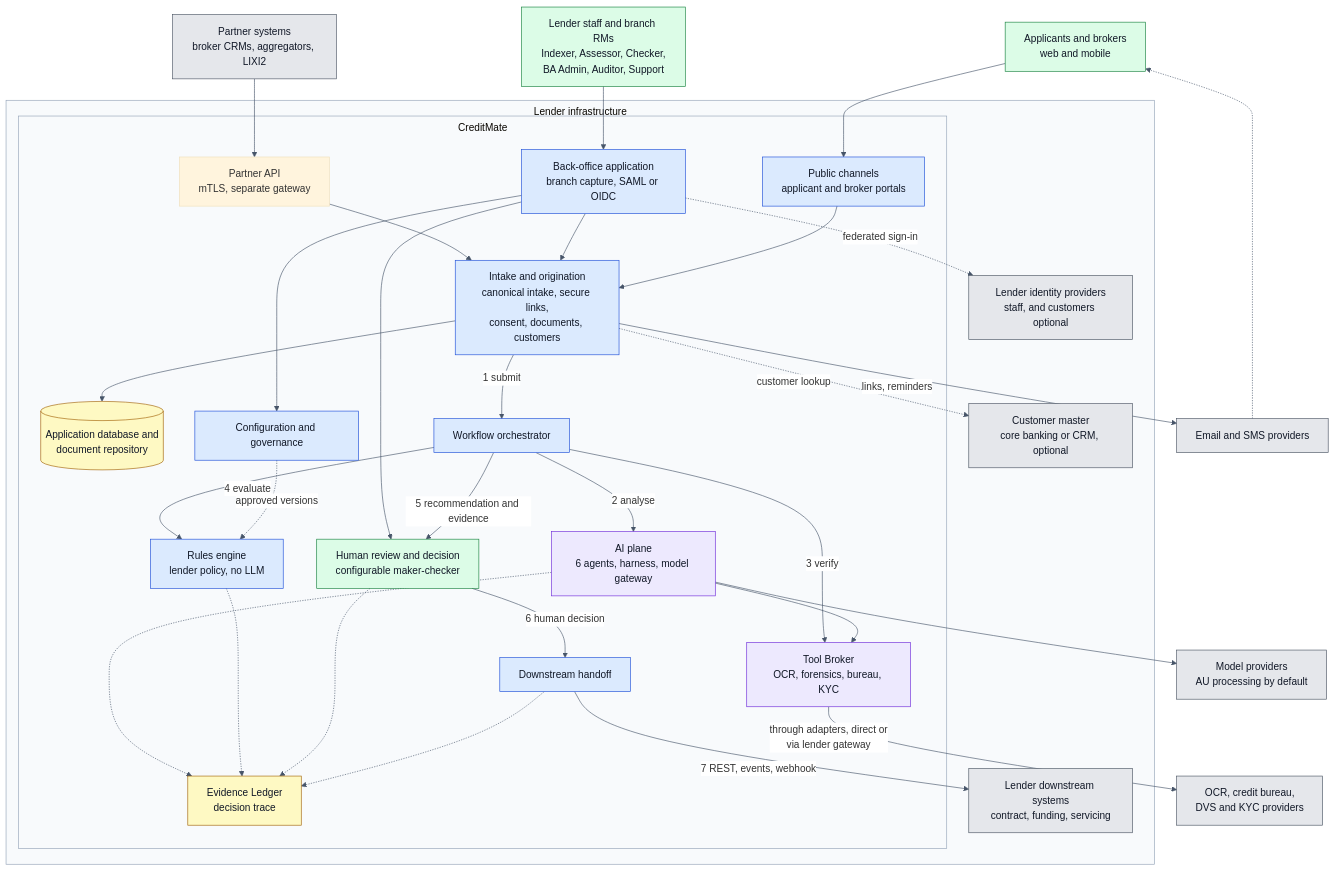
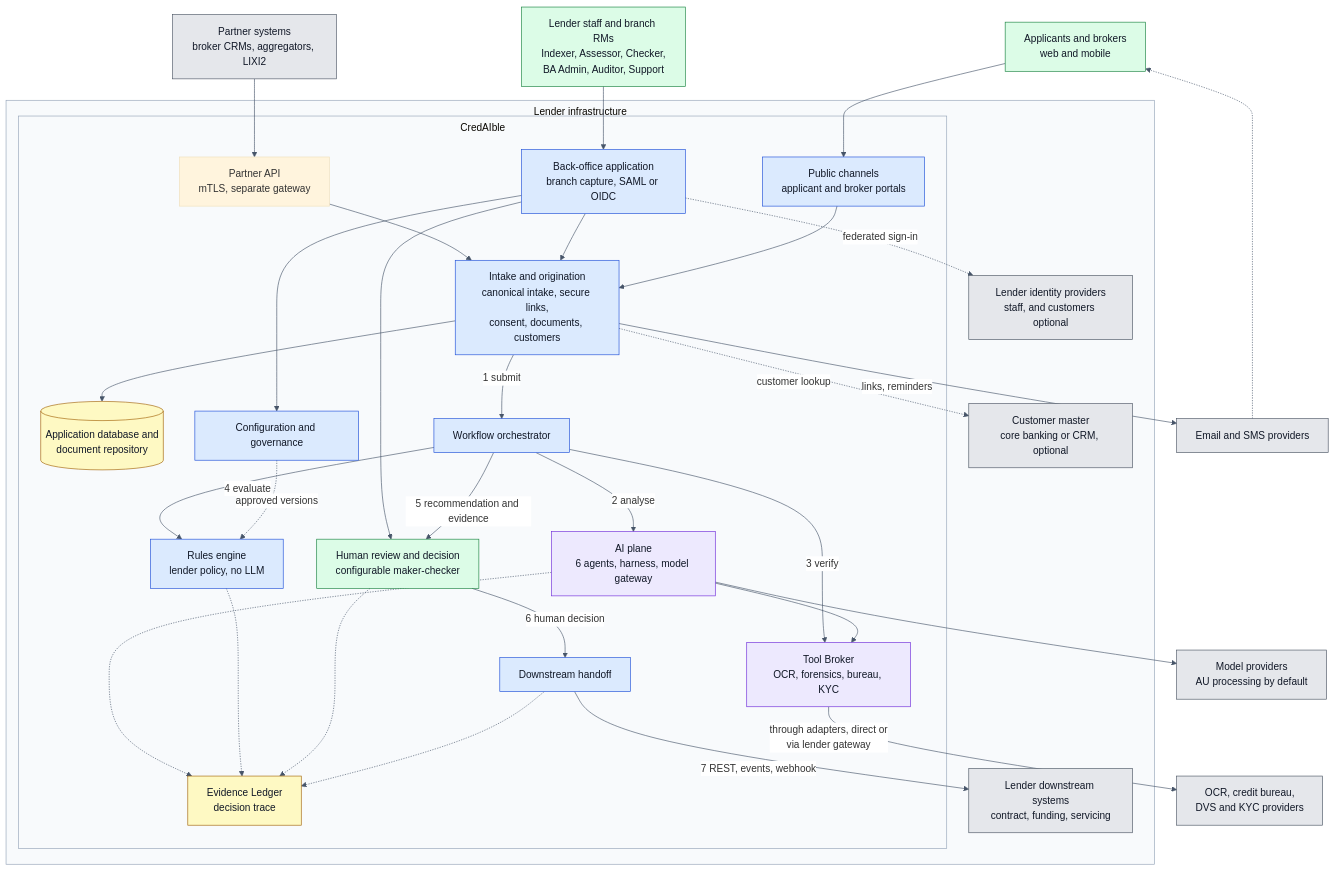
One commit to pradeepmittal04/creditmAIte changed the first of 15 diagrams in ARCHITECTURE_DIAGRAMS.md. Above: the diagram before and after it, drawn with Mermaid. The commit also changed other lines of this file and 14 other files, not shown here.

First line of the commit message:
Add technical design and rename product to CredAIble

````diff
--- a/ARCHITECTURE_DIAGRAMS.md
+++ b/ARCHITECTURE_DIAGRAMS.md
@@ -37,67 +37,67 @@
 ```mermaid
 %%{init: {'theme':'base','themeVariables':{'clusterBkg':'#f8fafc','clusterBorder':'#94a3b8','lineColor':'#475569','edgeLabelBackground':'#ffffff'},'flowchart':{'subGraphTitleMargin':{'top':6,'bottom':22}}}}%%
 flowchart TB
   EXT["Applicants and brokers<br/>web and mobile"]:::human
   PART["Partner systems<br/>broker CRMs, aggregators, LIXI2"]:::ext
   STAFF["Lender staff and branch RMs<br/>Indexer, Assessor, Checker,<br/>BA Admin, Auditor, Support"]:::human
 
   subgraph LENDER["Lender infrastructure"]
-    subgraph PRODUCT["CreditMate"]
+    subgraph PRODUCT["CredAIble"]
       PUB["Public channels<br/>applicant and broker portals"]:::core
       PARTG["Partner API<br/>mTLS, separate gateway"]:::prop
       INT["Back-office application<br/>branch capture, SAML or OIDC"]:::core
       ORIG["Intake and origination<br/>canonical intake, secure links,<br/>consent, documents, customers"]:::core
       STORE[("Application database and<br/>document repository")]:::data
       FLOW["Workflow orchestrator"]:::core
       AI["AI plane<br/>6 agents, harness, model gateway"]:::ai
       TOOLS["Tool Broker<br/>OCR, forensics, bureau, KYC"]:::ai
       RULES["Rules engine<br/>lender policy, no LLM"]:::core
       HUMAN["Human review and decision<br/>configurable maker-checker"]:::human
       HAND["Downstream handoff"]:::core
       GOV["Configuration and governance"]:::core
       LEDGER["Evidence Ledger<br/>decision trace"]:::data
     end
     IDP["Lender identity providers<br/>staff, and customers optional"]:::ext
     DOWN["Lender downstream systems<br/>contract, funding, servicing"]:::ext
     MASTER["Customer master<br/>core banking or CRM, optional"]:::ext
   end
   MSGP["Email and SMS providers"]:::ext
 
   MODELS["Model providers<br/>AU processing by default"]:::ext
   PROV["OCR, credit bureau,<br/>DVS and KYC providers"]:::ext
 
   EXT --> PUB
   PART --> PARTG
   PARTG --> ORIG
   STAFF --> INT
   INT --> ORIG
   ORIG -.->|"customer lookup"| MASTER
   ORIG -->|"links, reminders"| MSGP
   MSGP -.-> EXT
   INT -.->|"federated sign-in"| IDP
   PUB --> ORIG
   INT --> HUMAN
   INT --> GOV
   ORIG -->|"1 submit"| FLOW
   ORIG --> STORE
   FLOW -->|"2 analyse"| AI
   FLOW -->|"3 verify"| TOOLS
   AI --> TOOLS
   FLOW -->|"4 evaluate"| RULES
   FLOW -->|"5 recommendation and evidence"| HUMAN
   GOV -.->|"approved versions"| RULES
   AI --> MODELS
   TOOLS -->|"through adapters, direct or<br/>via lender gateway"| PROV
   HUMAN -->|"6 human decision"| HAND
   HAND -->|"7 REST, events, webhook"| DOWN
   AI -.-> LEDGER
   RULES -.-> LEDGER
   HUMAN -.-> LEDGER
   HAND -.-> LEDGER
 
   classDef core fill:#dbeafe,stroke:#1d4ed8,color:#111827
   classDef ai fill:#ede9fe,stroke:#6d28d9,color:#111827
   classDef human fill:#dcfce7,stroke:#15803d,color:#111827
   classDef data fill:#fef9c3,stroke:#a16207,color:#111827
   classDef ext fill:#e5e7eb,stroke:#4b5563,color:#111827
 ```
````
